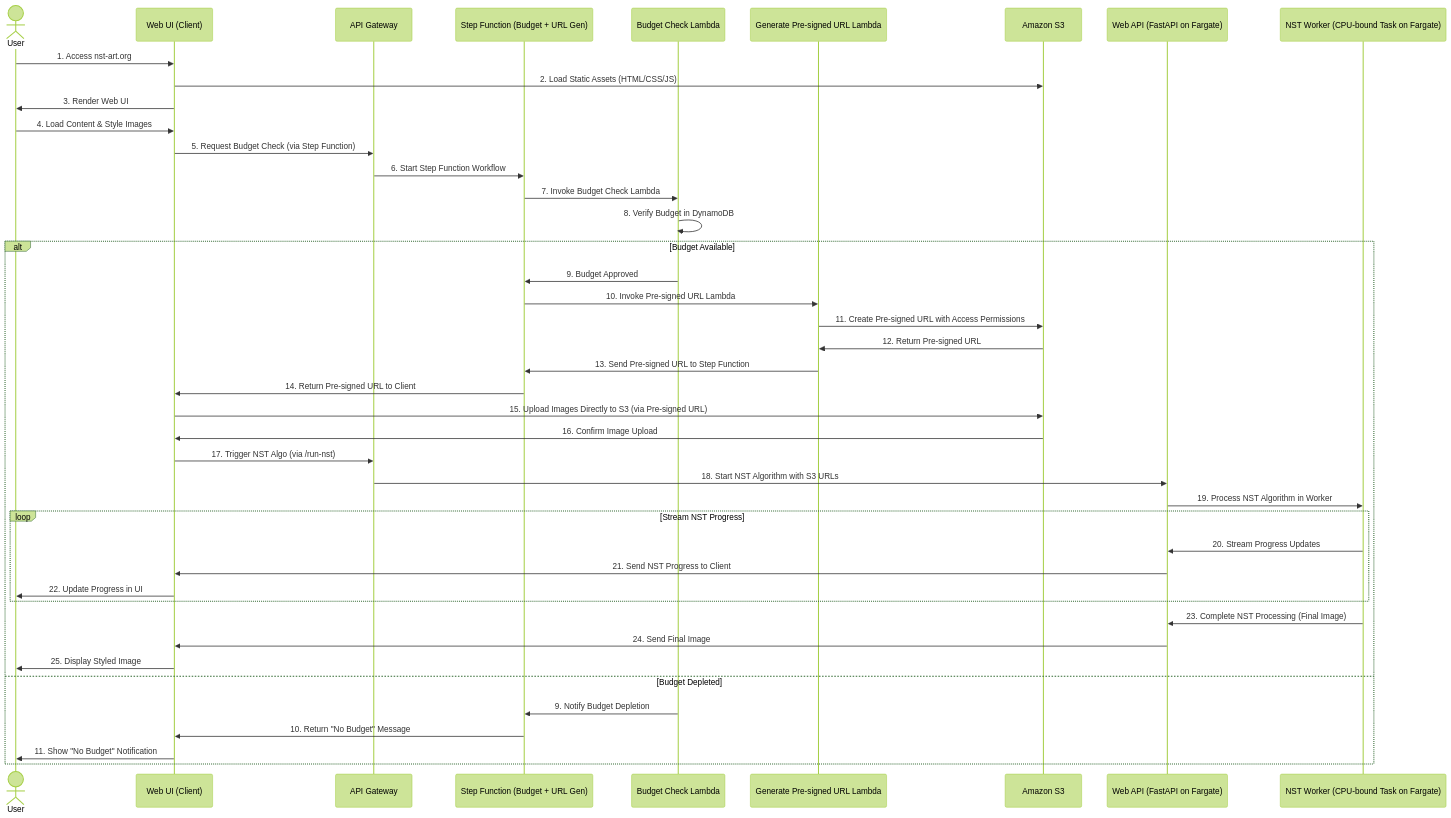
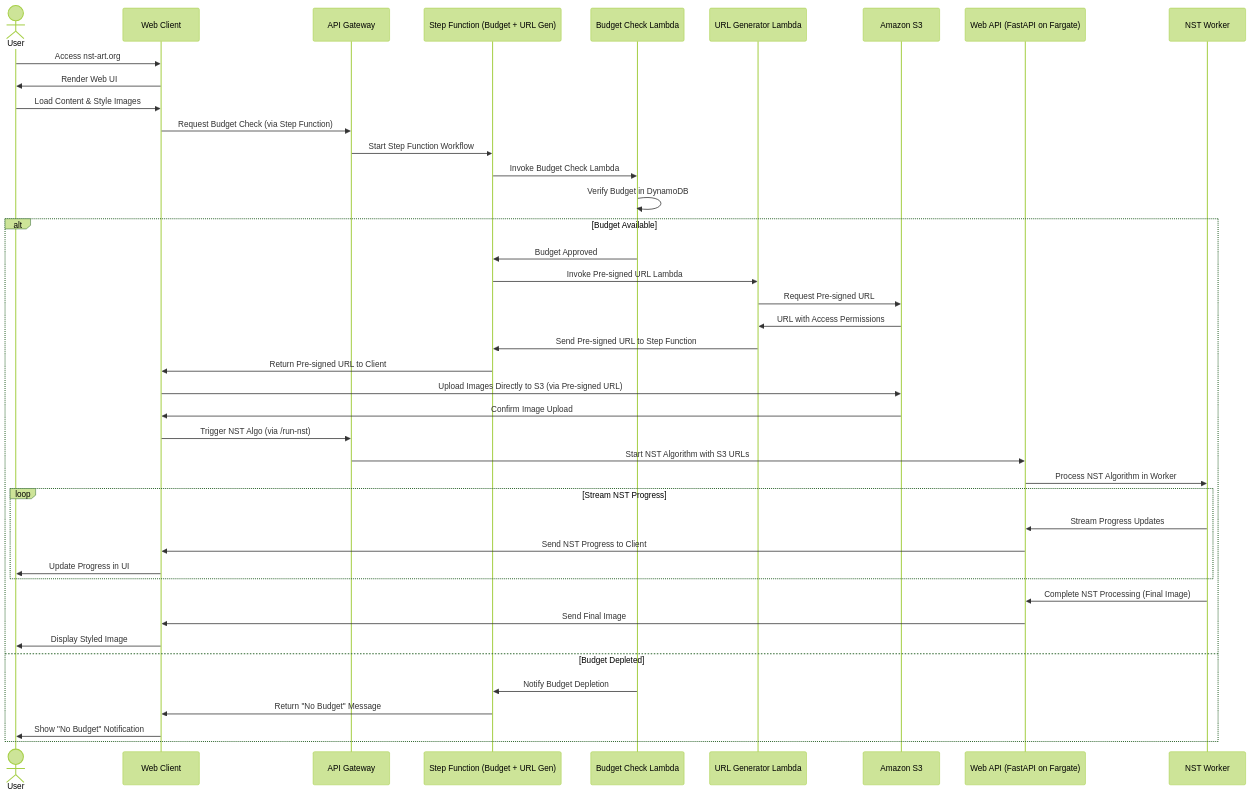
Before and after one commit to boromir674/nst-saas: the diagram in README.md, drawn with Mermaid (forest theme). The commit also changed other lines of this file and 10 other files, not shown here.

Commit message:
feat: implement URL Provider as lambda function, with python and terraform

````diff
--- a/README.md
+++ b/README.md
@@ -46,51 +54,51 @@
 ```mermaid
 sequenceDiagram
     actor User
-    participant WebUI as Web UI (Client)
+    participant WebUI as Web Client
     participant APIGateway as API Gateway
     participant StepFunction as Step Function (Budget + URL Gen)
     participant BudgetCheckLambda as Budget Check Lambda
-    participant URLGenLambda as Generate Pre-signed URL Lambda
+    participant URLGenLambda as URL Generator Lambda
     participant S3 as Amazon S3
     participant WebAPI as Web API (FastAPI on Fargate)
-    participant NSTWorker as NST Worker (CPU-bound Task on Fargate)
+    participant NSTWorker as NST Worker
 
-    User->>WebUI: 1. Access nst-art.org
-    WebUI->>S3: 2. Load Static Assets (HTML/CSS/JS)
-    WebUI->>User: 3. Render Web UI
-    User->>WebUI: 4. Load Content & Style Images
-    WebUI->>APIGateway: 5. Request Budget Check (via Step Function)
+    User->>WebUI: Access nst-art.org
 
-    APIGateway->>StepFunction: 6. Start Step Function Workflow
-    StepFunction->>BudgetCheckLambda: 7. Invoke Budget Check Lambda
-    BudgetCheckLambda->>BudgetCheckLambda: 8. Verify Budget in DynamoDB
+    WebUI->>User: Render Web UI
+    User->>WebUI: Load Content & Style Images
+    WebUI->>APIGateway: Request Budget Check (via Step Function)
+
+    APIGateway->>StepFunction: Start Step Function Workflow
+    StepFunction->>BudgetCheckLambda: Invoke Budget Check Lambda
+    BudgetCheckLambda->>BudgetCheckLambda: Verify Budget in DynamoDB
     alt Budget Available
-        BudgetCheckLambda->>StepFunction: 9. Budget Approved
-        StepFunction->>URLGenLambda: 10. Invoke Pre-signed URL Lambda
-        URLGenLambda->>S3: 11. Create Pre-signed URL with Access Permissions
-        S3->>URLGenLambda: 12. Return Pre-signed URL
-        URLGenLambda->>StepFunction: 13. Send Pre-signed URL to Step Function
-        StepFunction->>WebUI: 14. Return Pre-signed URL to Client
+        BudgetCheckLambda->>StepFunction: Budget Approved
+        StepFunction->>URLGenLambda: Invoke Pre-signed URL Lambda
+        URLGenLambda->>S3: Request Pre-signed URL 
+        S3->>URLGenLambda: URL with Access Permissions
+        URLGenLambda->>StepFunction: Send Pre-signed URL to Step Function
+        StepFunction->>WebUI: Return Pre-signed URL to Client
 
-        WebUI->>S3: 15. Upload Images Directly to S3 (via Pre-signed URL)
-        S3->>WebUI: 16. Confirm Image Upload
+        WebUI->>S3: Upload Images Directly to S3 (via Pre-signed URL)
+        S3->>WebUI: Confirm Image Upload
 
-        WebUI->>APIGateway: 17. Trigger NST Algo (via /run-nst)
-        APIGateway->>WebAPI: 18. Start NST Algorithm with S3 URLs
-        WebAPI->>NSTWorker: 19. Process NST Algorithm in Worker
+        WebUI->>APIGateway: Trigger NST Algo (via /run-nst)
+        APIGateway->>WebAPI: Start NST Algorithm with S3 URLs
+        WebAPI->>NSTWorker: Process NST Algorithm in Worker
 
         loop Stream NST Progress
-            NSTWorker->>WebAPI: 20. Stream Progress Updates
-            WebAPI->>WebUI: 21. Send NST Progress to Client
-            WebUI->>User: 22. Update Progress in UI
+            NSTWorker->>WebAPI: Stream Progress Updates
+            WebAPI->>WebUI: Send NST Progress to Client
+            WebUI->>User: Update Progress in UI
         end
 
-        NSTWorker->>WebAPI: 23. Complete NST Processing (Final Image)
-        WebAPI->>WebUI: 24. Send Final Image
-        WebUI->>User: 25. Display Styled Image
+        NSTWorker->>WebAPI: Complete NST Processing (Final Image)
+        WebAPI->>WebUI: Send Final Image
+        WebUI->>User: Display Styled Image
     else Budget Depleted
-        BudgetCheckLambda->>StepFunction: 9. Notify Budget Depletion
-        StepFunction->>WebUI: 10. Return "No Budget" Message
-        WebUI->>User: 11. Show "No Budget" Notification
+        BudgetCheckLambda->>StepFunction: Notify Budget Depletion
+        StepFunction->>WebUI: Return "No Budget" Message
+        WebUI->>User: Show "No Budget" Notification
     end
 ```
````
